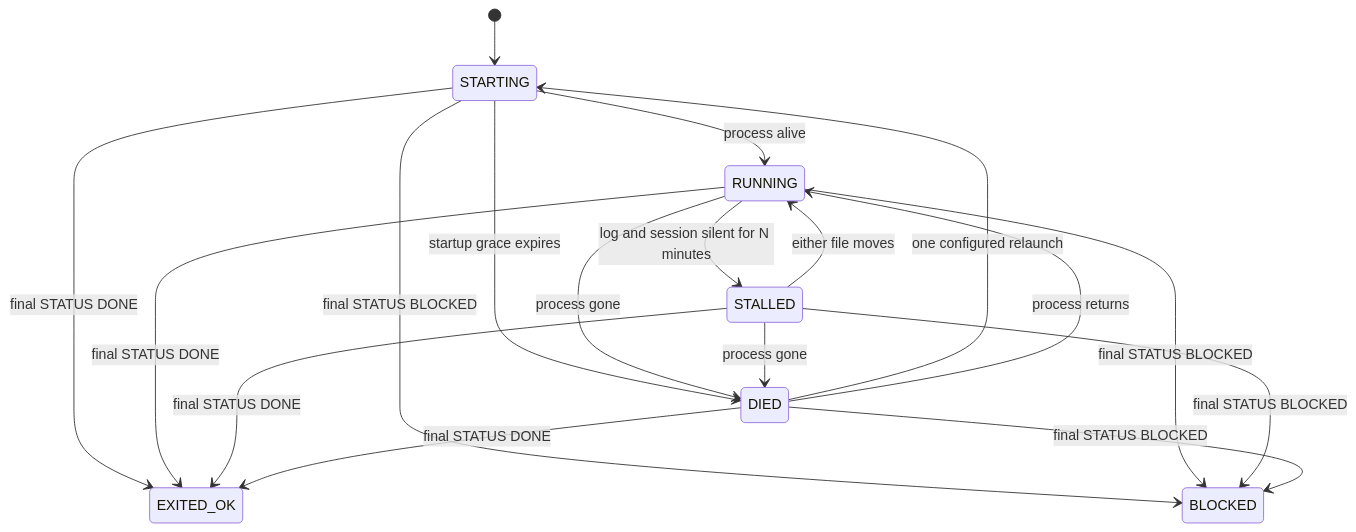
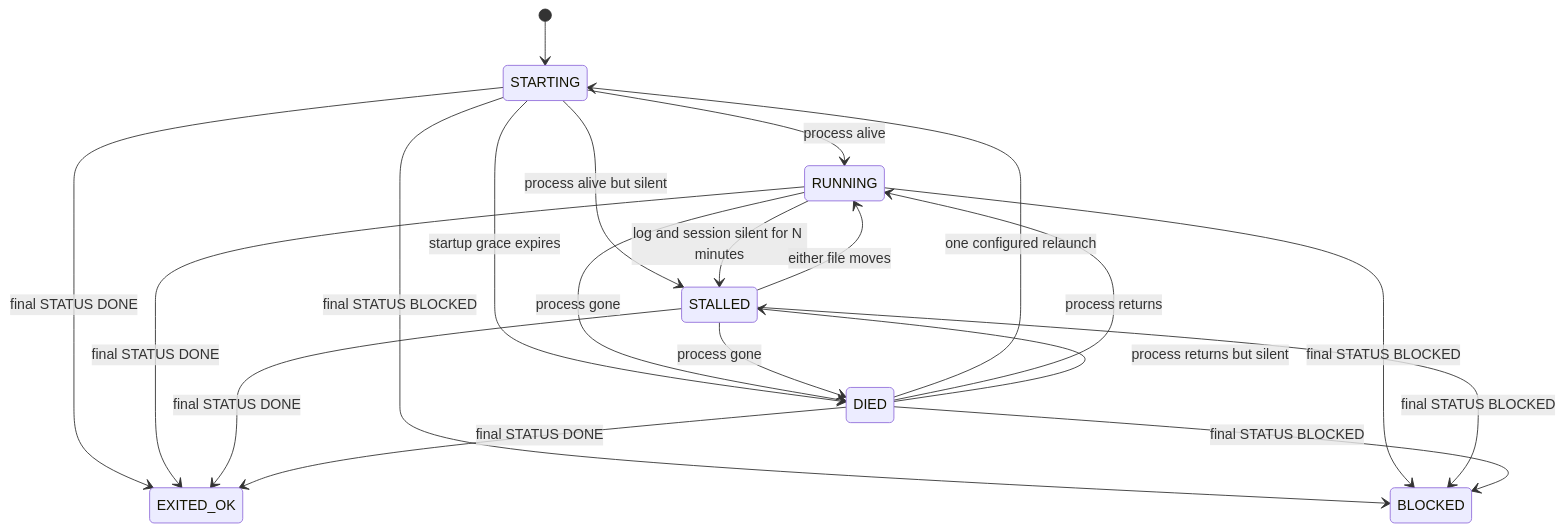
One commit to shomoD9/mind-machine changed the diagram in docs/FACTORY-WATCHDOG.md. Above: the diagram before and after it, drawn with Mermaid. The commit also changed other lines of this file and 6 other files, not shown here.

````diff
--- a/docs/FACTORY-WATCHDOG.md
+++ b/docs/FACTORY-WATCHDOG.md
@@ -5,20 +5,22 @@
 ```mermaid
 stateDiagram-v2
     [*] --> STARTING
     STARTING --> RUNNING: process alive
+    STARTING --> STALLED: process alive but silent
     STARTING --> DIED: startup grace expires
     RUNNING --> STALLED: log and session silent for N minutes
     STALLED --> RUNNING: either file moves
     RUNNING --> DIED: process gone
     STALLED --> DIED: process gone
     STARTING --> EXITED_OK: final STATUS DONE
     RUNNING --> EXITED_OK: final STATUS DONE
     STALLED --> EXITED_OK: final STATUS DONE
     STARTING --> BLOCKED: final STATUS BLOCKED
     RUNNING --> BLOCKED: final STATUS BLOCKED
     STALLED --> BLOCKED: final STATUS BLOCKED
     DIED --> STARTING: one configured relaunch
     DIED --> RUNNING: process returns
+    DIED --> STALLED: process returns but silent
     DIED --> EXITED_OK: final STATUS DONE
     DIED --> BLOCKED: final STATUS BLOCKED
 ```
````
